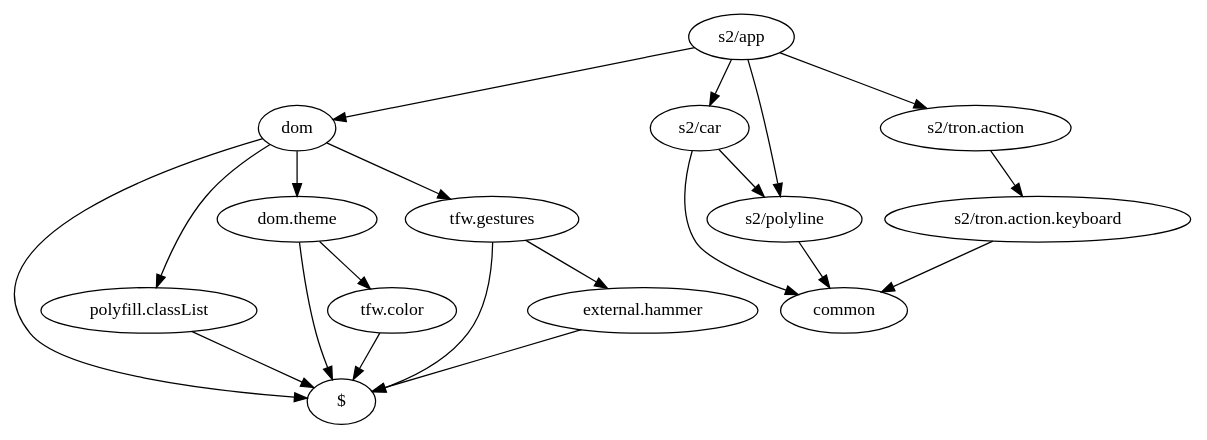
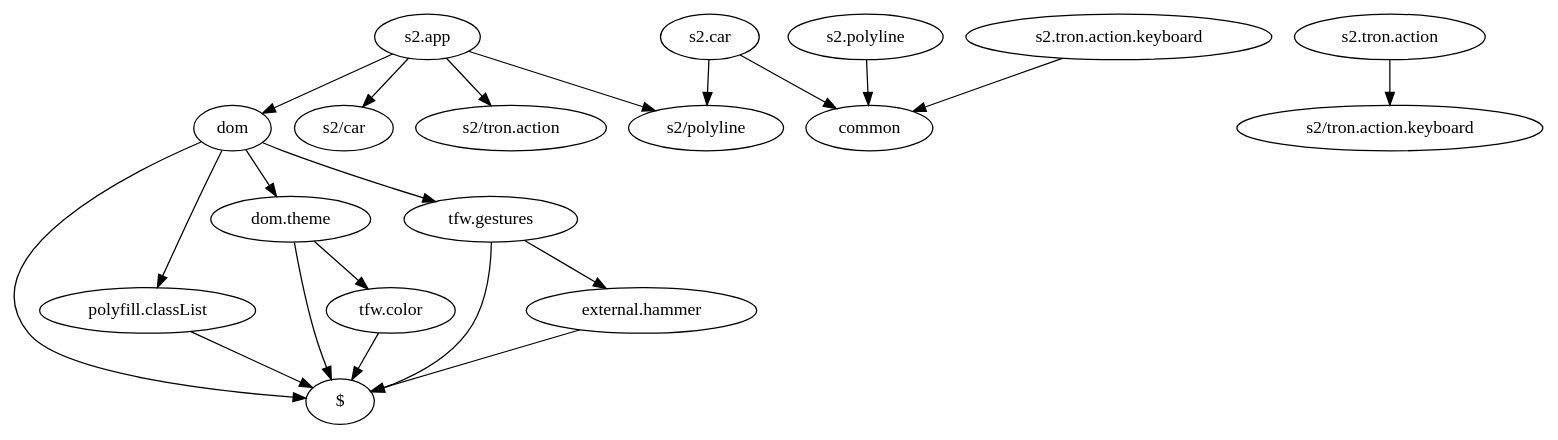
One commit to tolokoban/game-tron changed the diagram in doc/s2.html.dot. Above: the diagram before and after it, drawn with Graphviz. The commit also changed 48 other files, not shown here.

```diff
--- a/doc/s2.html.dot
+++ b/doc/s2.html.dot
@@ -1,32 +1,32 @@
 digraph dependencies {
-    "s2/app" -> "dom"
+    "s2.app" -> "dom"
 
-    "s2/app" -> "s2/car"
+    "s2.app" -> "s2/car"
 
-    "s2/app" -> "s2/tron.action"
+    "s2.app" -> "s2/tron.action"
 
-    "s2/app" -> "s2/polyline"
-    "s2/polyline" -> "common"
-    "s2/tron.action" -> "s2/tron.action.keyboard"
-    "s2/tron.action.keyboard" -> "common"
-    "s2/car" -> "s2/polyline"
+    "s2.app" -> "s2/polyline"
+    "s2.polyline" -> "common"
+    "s2.tron.action" -> "s2/tron.action.keyboard"
+    "s2.tron.action.keyboard" -> "common"
+    "s2.car" -> "s2/polyline"
 
-    "s2/car" -> "common"
+    "s2.car" -> "common"
     "dom" -> "$"
 
     "dom" -> "polyfill.classList"
 
     "dom" -> "dom.theme"
 
     "dom" -> "tfw.gestures"
     "tfw.gestures" -> "$"
 
     "tfw.gestures" -> "external.hammer"
     "external.hammer" -> "$"
     "dom.theme" -> "$"
 
     "dom.theme" -> "tfw.color"
     "tfw.color" -> "$"
     "polyfill.classList" -> "$"
 
 }
```
